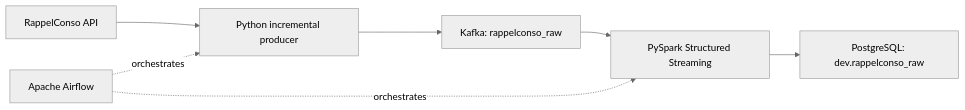
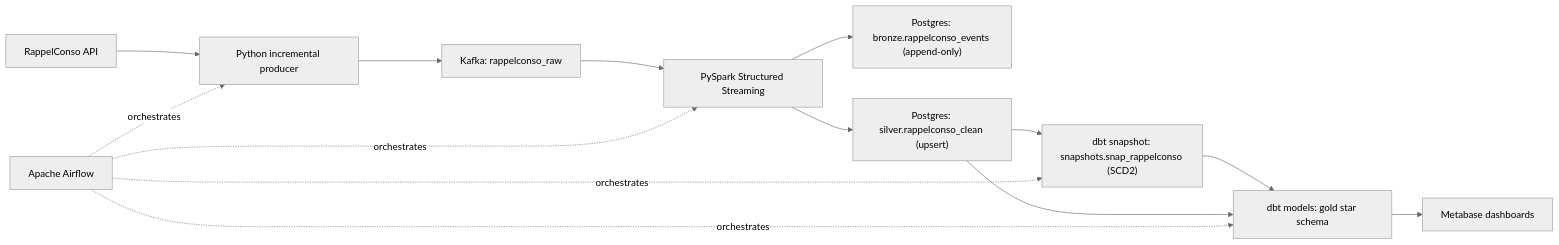
The diagram in README.md (Ndhai0301/rappelconso-medallion-pipeline), drawn with Mermaid (neutral theme) before and after one commit. The commit also changed other lines of this file and 30 other files, not shown here.

First line of the commit message:
Upgrade pipeline to a Medallion data warehouse with dbt Gold layer

````diff
--- a/README.md
+++ b/README.md
@@ -10,9 +11,16 @@
 ```mermaid
 flowchart LR
     API["RappelConso API"] --> Producer["Python incremental producer"]
     Producer --> Kafka["Kafka: rappelconso_raw"]
     Kafka --> Spark["PySpark Structured Streaming"]
-    Spark --> Postgres["PostgreSQL: dev.rappelconso_raw"]
+    Spark --> Bronze["Postgres: bronze.rappelconso_events (append-only)"]
+    Spark --> Silver["Postgres: silver.rappelconso_clean (upsert)"]
+    Silver --> Snapshot["dbt snapshot: snapshots.snap_rappelconso (SCD2)"]
+    Snapshot --> Gold["dbt models: gold star schema"]
+    Silver --> Gold
+    Gold --> Metabase["Metabase dashboards"]
     Airflow["Apache Airflow"] -. orchestrates .-> Producer
     Airflow -. orchestrates .-> Spark
+    Airflow -. orchestrates .-> Snapshot
+    Airflow -. orchestrates .-> Gold
 ```
````
